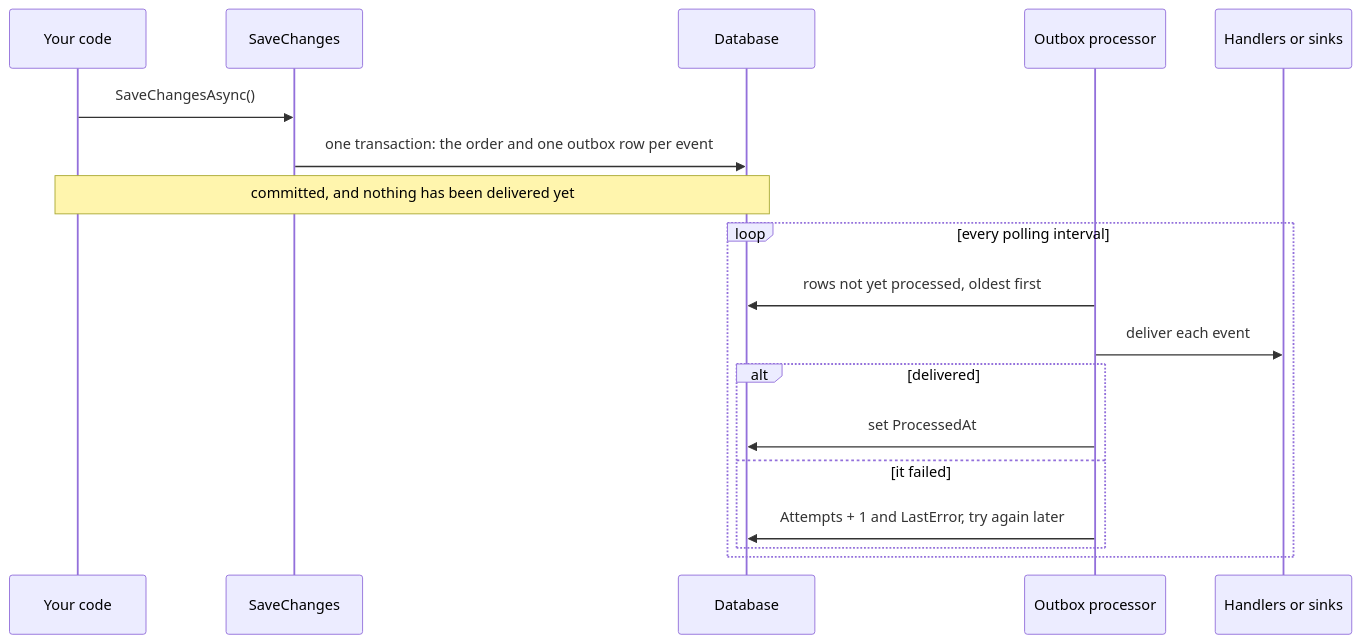
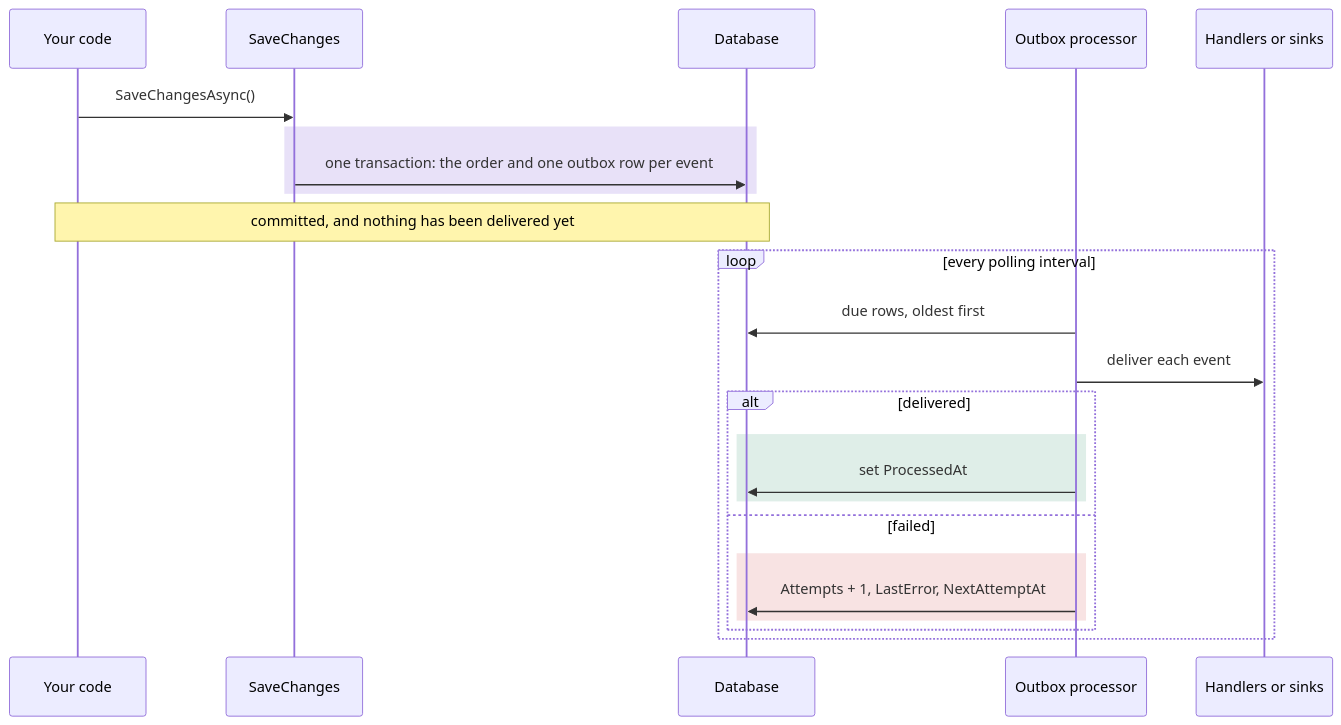
One commit to DylanSnel/DDDToolkit changed the second of 2 diagrams in docs/event-delivery.md. Above: the diagram before and after it, drawn with Mermaid. The commit also changed other lines of this file and 41 other files, not shown here.

First line of the commit message:
Docs: plain prose, one word per concept, and readable diagrams on every page

````diff
--- a/docs/event-delivery.md
+++ b/docs/event-delivery.md
@@ -85,21 +92,27 @@
 ```mermaid
 sequenceDiagram
     participant Code as Your code
     participant Save as SaveChanges
     participant Db as Database
     participant Processor as Outbox processor
     participant Target as Handlers or sinks
 
     Code->>Save: SaveChangesAsync()
-    Save->>Db: one transaction: the order and one outbox row per event
+    rect rgba(91, 46, 201, 0.14)
+        Save->>Db: one transaction: the order and one outbox row per event
+    end
     Note over Code,Db: committed, and nothing has been delivered yet
     loop every polling interval
-        Processor->>Db: rows not yet processed, oldest first
+        Processor->>Db: due rows, oldest first
         Processor->>Target: deliver each event
         alt delivered
-            Processor->>Db: set ProcessedAt
-        else it failed
-            Processor->>Db: Attempts + 1 and LastError, try again later
+            rect rgba(31, 138, 91, 0.14)
+                Processor->>Db: set ProcessedAt
+            end
+        else failed
+            rect rgba(201, 60, 60, 0.14)
+                Processor->>Db: Attempts + 1, LastError, NextAttemptAt
+            end
         end
     end
 ```
````
